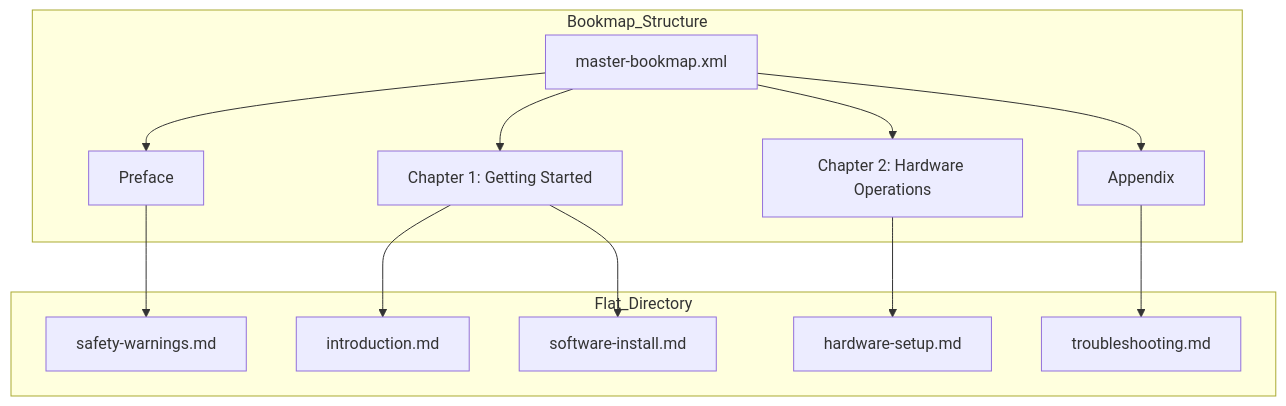
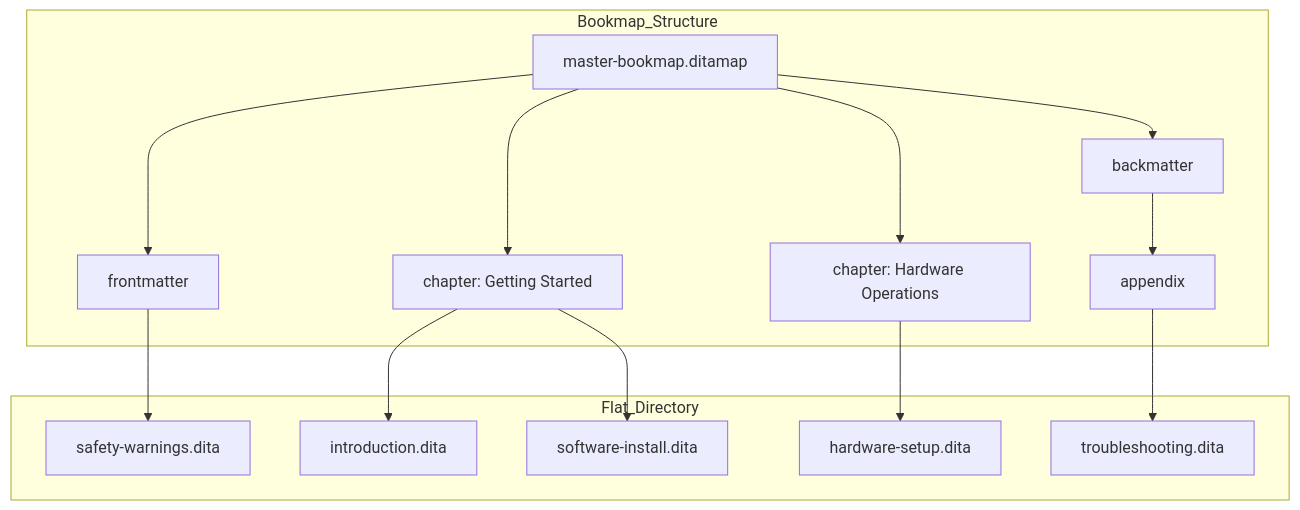
Before and after one commit to vaishvanara/techwritingkb: the diagram in docs/industry-terms/bookmap.md, drawn with Mermaid. The commit also changed other lines of this file and 51 other files, not shown here.

````diff
--- a/docs/industry-terms/bookmap.md
+++ b/docs/industry-terms/bookmap.md
@@ -36,23 +46,24 @@
 ```mermaid
 graph TD
     subgraph Flat_Directory
-        f1[introduction.md]
-        f2[hardware-setup.md]
-        f3[safety-warnings.md]
-        f4[software-install.md]
-        f5[troubleshooting.md]
+        f1[introduction.dita]
+        f2[hardware-setup.dita]
+        f3[safety-warnings.dita]
+        f4[software-install.dita]
+        f5[troubleshooting.dita]
     end
 
     subgraph Bookmap_Structure
-        BM[master-bookmap.xml] --> Preface[Preface]
-        BM --> Ch1[Chapter 1: Getting Started]
-        BM --> Ch2[Chapter 2: Hardware Operations]
-        BM --> App[Appendix]
+        BM[master-bookmap.ditamap] --> Front[frontmatter]
+        BM --> Ch1[chapter: Getting Started]
+        BM --> Ch2[chapter: Hardware Operations]
+        BM --> Back[backmatter]
         
-        Preface --> f3
+        Front --> f3
         Ch1 --> f1
         Ch1 --> f4
         Ch2 --> f2
+        Back --> App[appendix]
         App --> f5
     end
 ```
````
